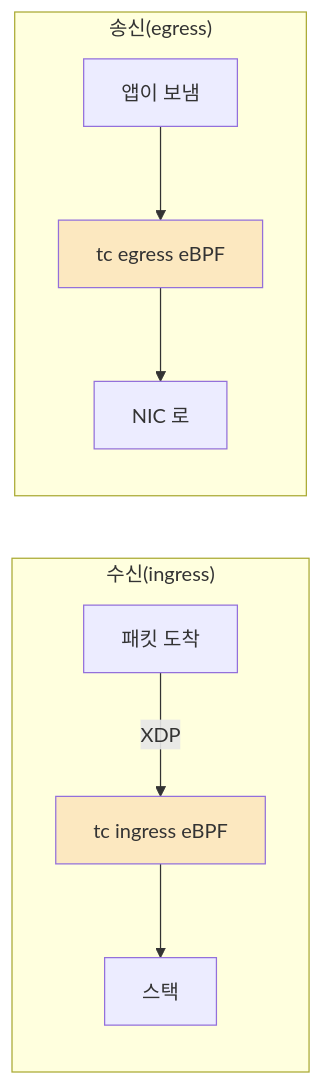
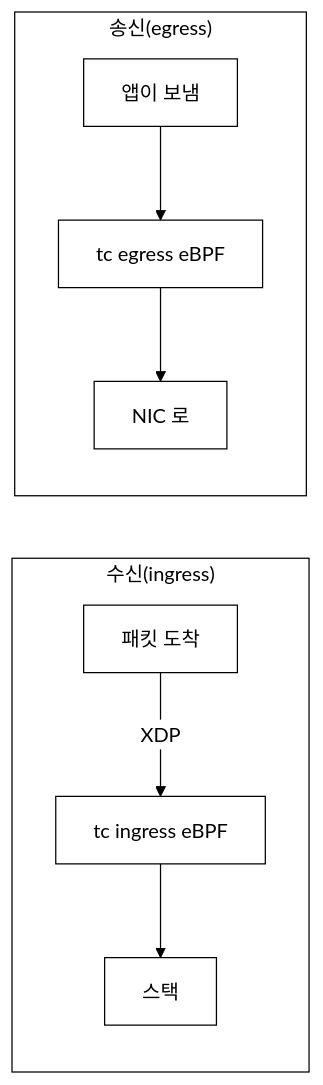
The third of 6 diagrams in docs/lecture/12주차_eBPF_네트워킹_XDP_tc_Cilium.md (iamywl/ebpf-lab), drawn with Mermaid before and after one commit. The commit also changed other lines of this file and 33 other files, not shown here.

First line of the commit message:
강의자료: 다이어그램 흑백(논문 스타일) 통일 + 실제 실행 스크린샷 삽입

````diff
--- a/docs/lecture/12주차_eBPF_네트워킹_XDP_tc_Cilium.md
+++ b/docs/lecture/12주차_eBPF_네트워킹_XDP_tc_Cilium.md
@@ -98,11 +100,12 @@
 ```mermaid
+%%{init: {"theme":"base","themeVariables":{"background":"#ffffff","primaryColor":"#ffffff","primaryBorderColor":"#000000","primaryTextColor":"#000000","secondaryColor":"#ffffff","secondaryBorderColor":"#000000","secondaryTextColor":"#000000","tertiaryColor":"#ffffff","tertiaryBorderColor":"#000000","tertiaryTextColor":"#000000","lineColor":"#000000","textColor":"#000000","mainBkg":"#ffffff","secondBkg":"#ffffff","clusterBkg":"#ffffff","clusterBorder":"#000000","edgeLabelBackground":"#ffffff","nodeBorder":"#000000","defaultLinkColor":"#000000","titleColor":"#000000","actorBkg":"#ffffff","actorBorder":"#000000","actorTextColor":"#000000","actorLineColor":"#000000","signalColor":"#000000","signalTextColor":"#000000","labelBoxBkgColor":"#ffffff","labelBoxBorderColor":"#000000","labelTextColor":"#000000","loopTextColor":"#000000","noteBkgColor":"#ffffff","noteBorderColor":"#000000","noteTextColor":"#000000","activationBkgColor":"#ffffff","activationBorderColor":"#000000","sequenceNumberColor":"#000000","cScale0":"#ffffff","cScale1":"#ffffff","cScale2":"#ffffff","cScale3":"#ffffff","cScale4":"#ffffff","cScale5":"#ffffff","cScale6":"#ffffff","cScale7":"#ffffff","cScale8":"#ffffff","cScale9":"#ffffff","cScale10":"#ffffff","cScale11":"#ffffff","cScaleLabel0":"#000000","cScaleLabel1":"#000000","cScaleLabel2":"#000000","cScaleLabel3":"#000000","cScaleLabel4":"#000000","cScaleLabel5":"#000000","cScaleLabel6":"#000000","cScaleLabel7":"#000000","cScaleLabel8":"#000000","cScaleLabel9":"#000000","cScaleLabel10":"#000000","cScaleLabel11":"#000000","pie1":"#ffffff","pie2":"#eeeeee","pie3":"#dddddd","pie4":"#cccccc","fontFamily":"Georgia, serif"}}}%%
 flowchart LR
     subgraph IN["수신(ingress)"]
         I1["패킷 도착"] -->|XDP| I2["tc ingress eBPF"] --> I3["스택"]
     end
     subgraph OUT["송신(egress)"]
         O1["앱이 보냄"] --> O2["tc egress eBPF"] --> O3["NIC 로"]
     end
-    style I2 fill:#fce8c0
-    style O2 fill:#fce8c0
+    style I2 fill:#ffffff
+    style O2 fill:#ffffff
 ```
````
